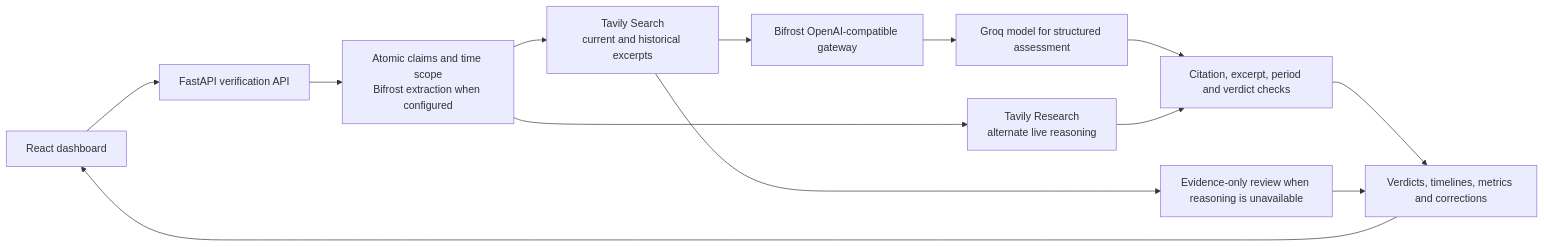
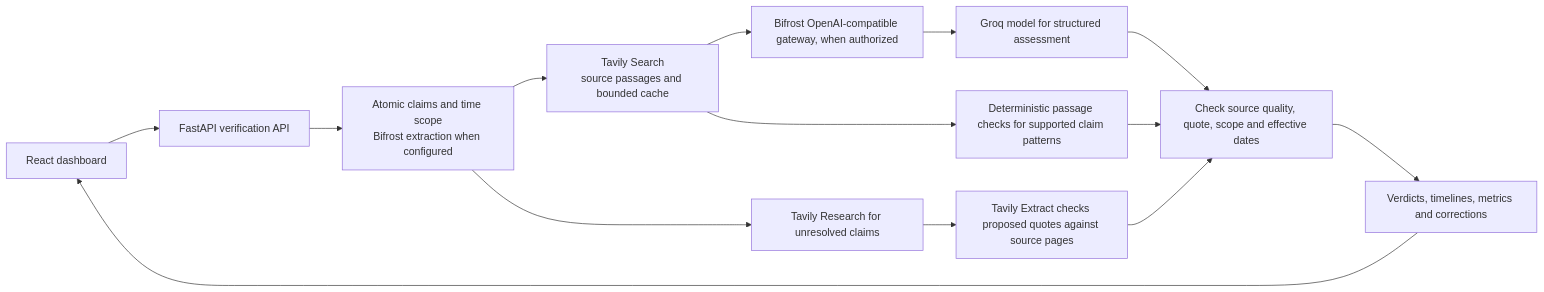
Before and after one commit to sanjeevkurma867-maker/VERITAS-AI: the diagram in README.md, drawn with Mermaid. The commit also changed other lines of this file and 14 other files, not shown here.

````diff
--- a/README.md
+++ b/README.md
@@ -44,15 +49,16 @@
 ```mermaid
 flowchart LR
     UI["React dashboard"] --> API["FastAPI verification API"]
     API --> Extract["Atomic claims and time scope<br/>Bifrost extraction when configured"]
-    Extract --> Search["Tavily Search<br/>current and historical excerpts"]
-    Search --> Gateway["Bifrost OpenAI-compatible gateway"]
+    Extract --> Search["Tavily Search<br/>source passages and bounded cache"]
+    Search --> Gateway["Bifrost OpenAI-compatible gateway, when authorized"]
     Gateway --> Groq["Groq model for structured assessment"]
-    Groq --> Validate["Citation, excerpt, period and verdict checks"]
-    Extract --> Research["Tavily Research<br/>alternate live reasoning"]
-    Research --> Validate
-    Search --> Review["Evidence-only review when reasoning is unavailable"]
+    Groq --> Validate["Check source quality, quote, scope and effective dates"]
+    Search --> Rules["Deterministic passage checks for supported claim patterns"]
+    Rules --> Validate
+    Extract --> Research["Tavily Research for unresolved claims"]
+    Research --> Page["Tavily Extract checks proposed quotes against source pages"]
+    Page --> Validate
     Validate --> Report["Verdicts, timelines, metrics and corrections"]
-    Review --> Report
     Report --> UI
 ```
````
